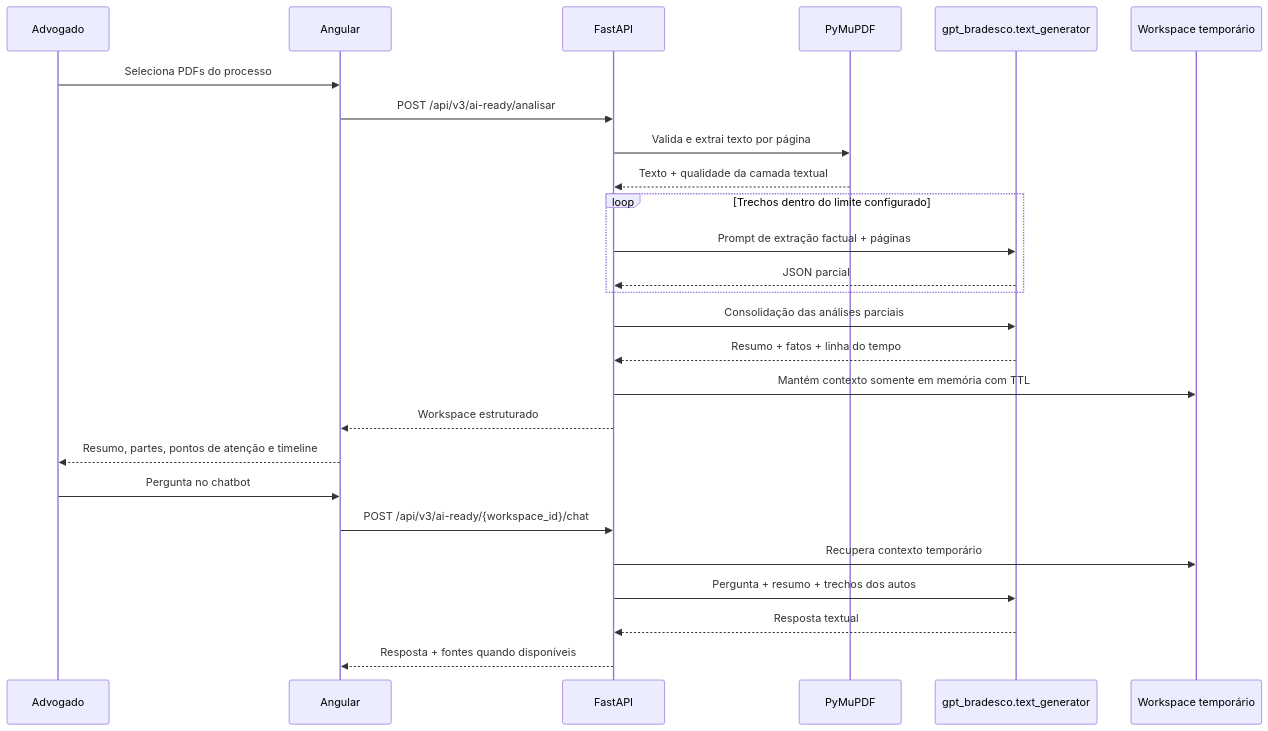
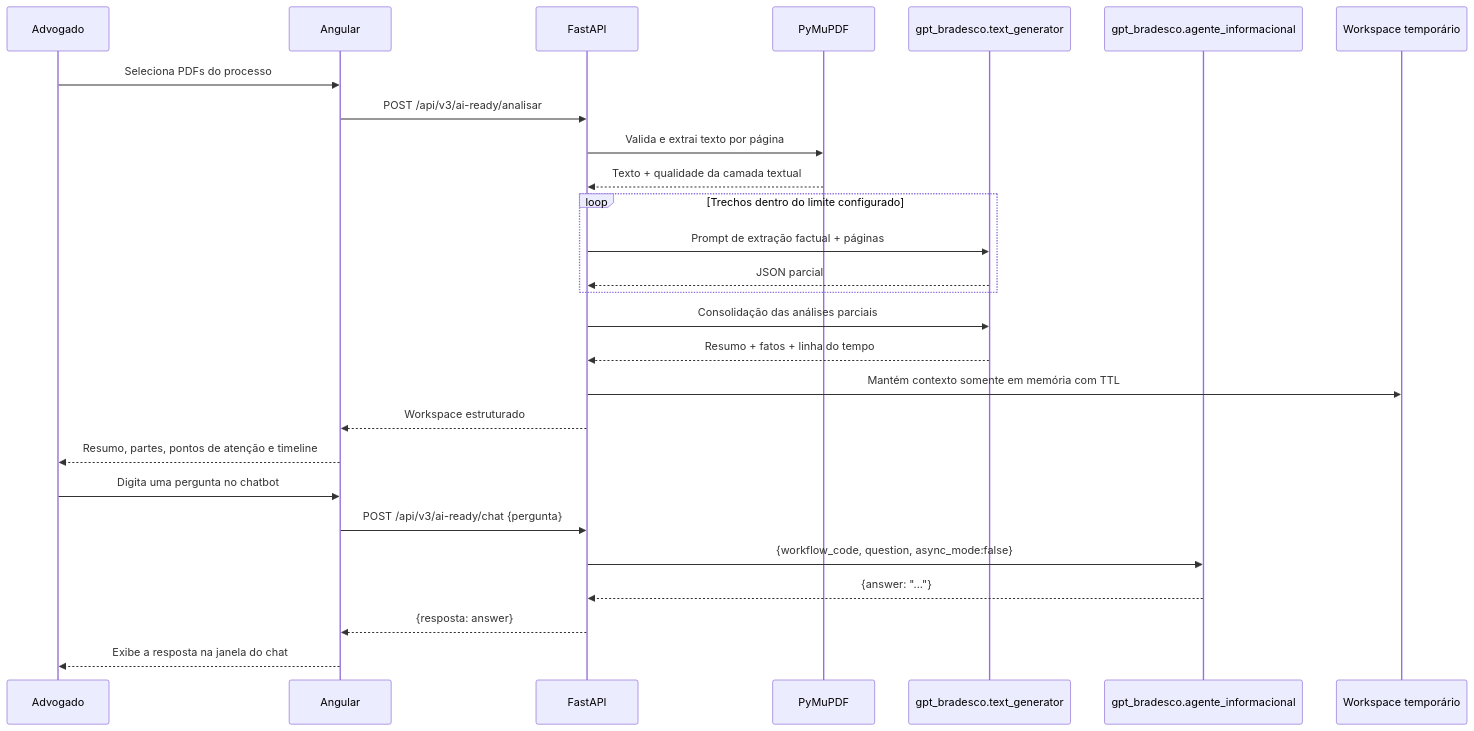
The diagram in docs/FLUXO_EXTRACAO_VISUAL.md (asainc/chatbot), drawn with Mermaid before and after one commit. The commit also changed other lines of this file and 30 other files, not shown here.

````diff
--- a/docs/FLUXO_EXTRACAO_VISUAL.md
+++ b/docs/FLUXO_EXTRACAO_VISUAL.md
@@ -3,30 +3,31 @@
 ```mermaid
 sequenceDiagram
     participant U as Advogado
     participant A as Angular
     participant B as FastAPI
     participant P as PyMuPDF
     participant T as gpt_bradesco.text_generator
+    participant Q as gpt_bradesco.agente_informacional
     participant W as Workspace temporário
 
     U->>A: Seleciona PDFs do processo
     A->>B: POST /api/v3/ai-ready/analisar
     B->>P: Valida e extrai texto por página
     P-->>B: Texto + qualidade da camada textual
     loop Trechos dentro do limite configurado
         B->>T: Prompt de extração factual + páginas
         T-->>B: JSON parcial
     end
     B->>T: Consolidação das análises parciais
     T-->>B: Resumo + fatos + linha do tempo
     B->>W: Mantém contexto somente em memória com TTL
     B-->>A: Workspace estruturado
     A-->>U: Resumo, partes, pontos de atenção e timeline
 
-    U->>A: Pergunta no chatbot
-    A->>B: POST /api/v3/ai-ready/{workspace_id}/chat
-    B->>W: Recupera contexto temporário
-    B->>T: Pergunta + resumo + trechos dos autos
-    T-->>B: Resposta textual
-    B-->>A: Resposta + fontes quando disponíveis
+    U->>A: Digita uma pergunta no chatbot
+    A->>B: POST /api/v3/ai-ready/chat {pergunta}
+    B->>Q: {workflow_code, question, async_mode:false}
+    Q-->>B: {answer: "..."}
+    B-->>A: {resposta: answer}
+    A-->>U: Exibe a resposta na janela do chat
 ```
````
